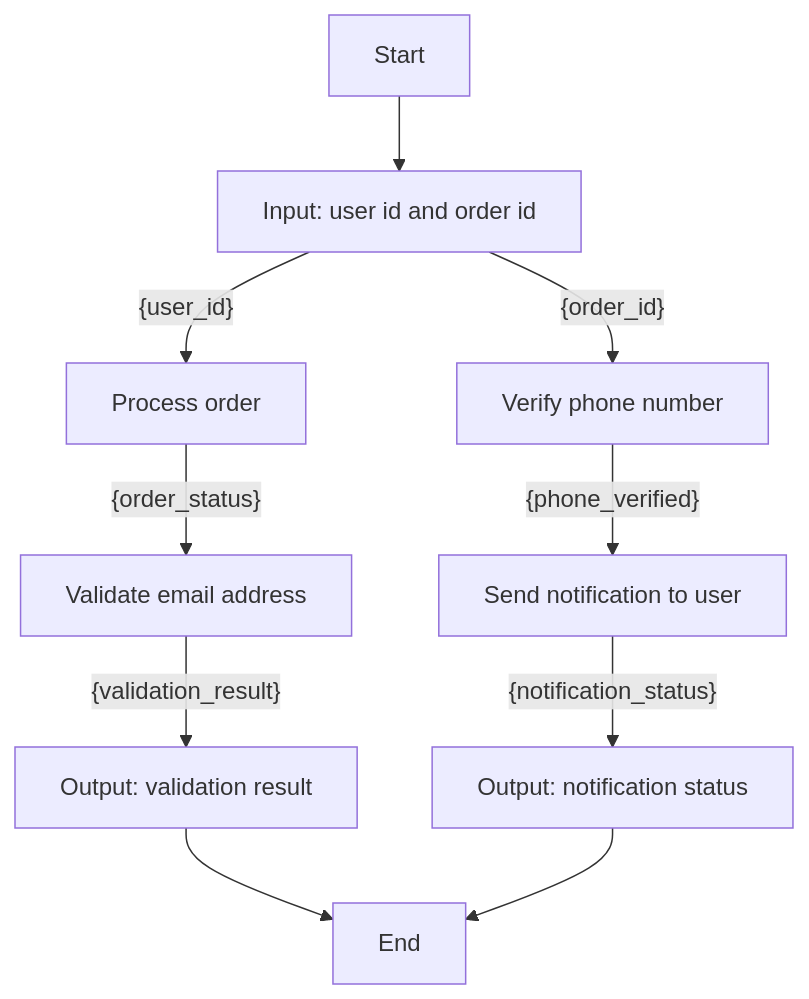
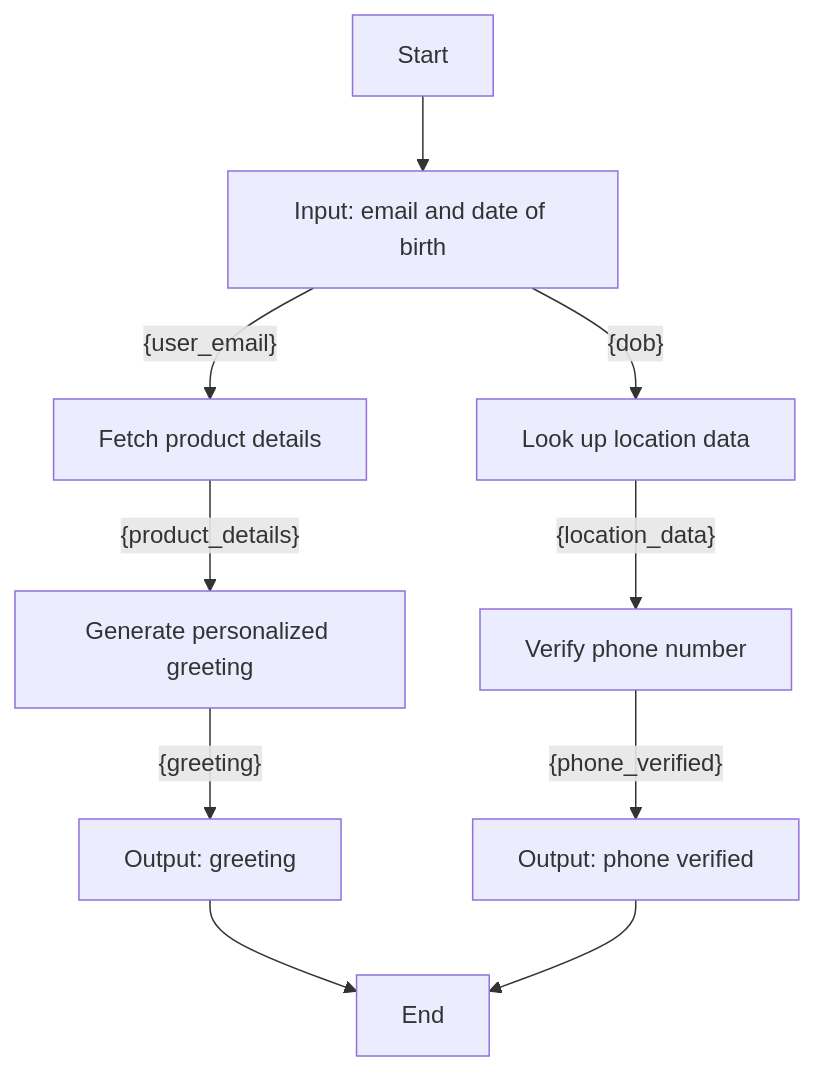
One commit to YJ-928/Temporal-Python-SDK changed the diagram in poc-dsl-compiler/input/workflows/workflow_4.md. Above: the diagram before and after it, drawn with Mermaid. The commit also changed 29 other files, not shown here.

````diff
--- a/poc-dsl-compiler/input/workflows/workflow_4.md
+++ b/poc-dsl-compiler/input/workflows/workflow_4.md
@@ -1,12 +1,12 @@
 ```mermaid
 graph TD
-    A[Start] --> B[Input: user id and order id]
-    B[Input: user id and order id] -- {user_id} --> C[Process order]
-    C[Process order] -- {order_status} --> D[Validate email address]
-    D[Validate email address] -- {validation_result} --> E[Output: validation result]
-    E[Output: validation result] --> I[End]
-    B[Input: user id and order id] -- {order_id} --> F[Verify phone number]
-    F[Verify phone number] -- {phone_verified} --> G[Send notification to user]
-    G[Send notification to user] -- {notification_status} --> H[Output: notification status]
-    H[Output: notification status] --> I[End]
+    A[Start] --> B[Input: email and date of birth]
+    B[Input: email and date of birth] -- {user_email} --> C[Fetch product details]
+    C[Fetch product details] -- {product_details} --> D[Generate personalized greeting]
+    D[Generate personalized greeting] -- {greeting} --> E[Output: greeting]
+    E[Output: greeting] --> I[End]
+    B[Input: email and date of birth] -- {dob} --> F[Look up location data]
+    F[Look up location data] -- {location_data} --> G[Verify phone number]
+    G[Verify phone number] -- {phone_verified} --> H[Output: phone verified]
+    H[Output: phone verified] --> I[End]
 ```
````
